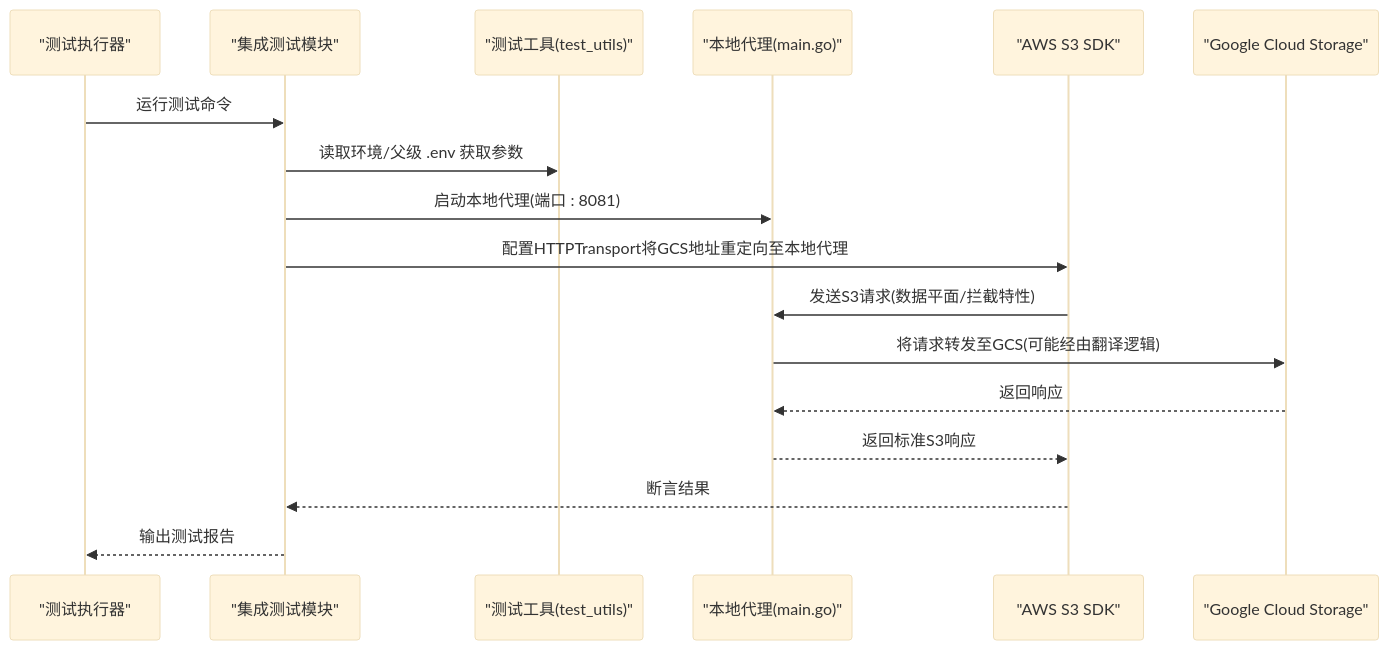
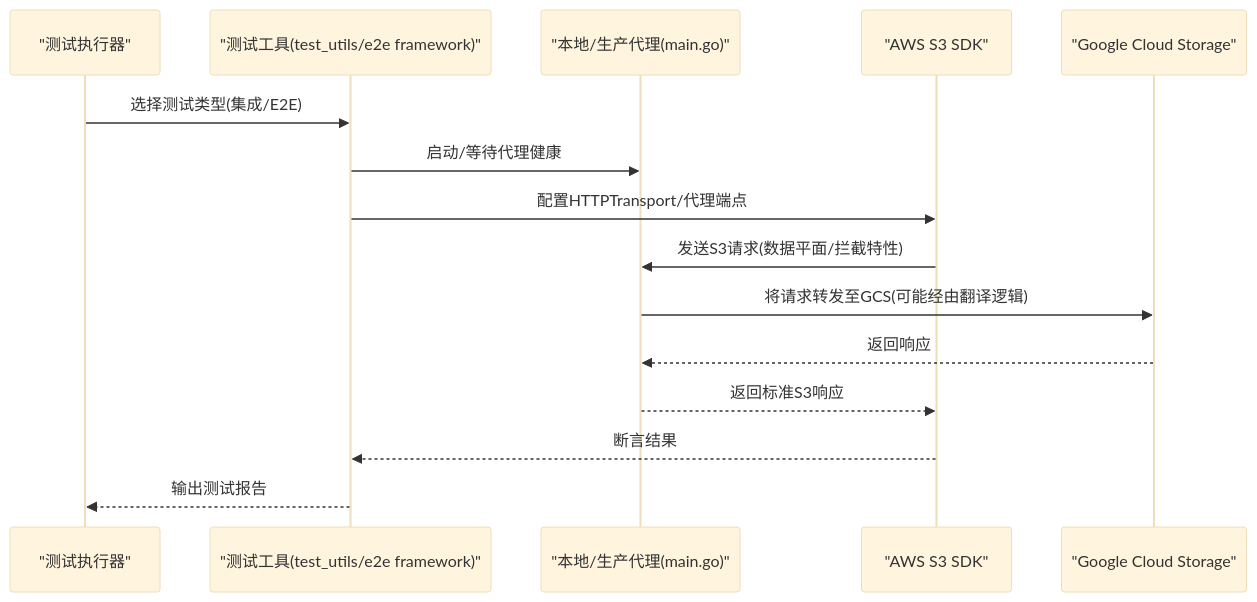
One commit to flying1574/S3Proxy4GCS changed the second of 8 diagrams in .qoder/repowiki/zh/content/测试策略/测试策略.md. Above: the diagram before and after it, drawn with Mermaid (base theme). The commit also changed other lines of this file and 6 other files, not shown here.

````diff
--- a/.qoder/repowiki/zh/content/测试策略/测试策略.md
+++ b/.qoder/repowiki/zh/content/测试策略/测试策略.md
@@ -100,19 +136,17 @@
 ```mermaid
 sequenceDiagram
 participant T as "测试执行器"
-participant M as "集成测试模块"
-participant U as "测试工具(test_utils)"
-participant P as "本地代理(main.go)"
+participant U as "测试工具(test_utils/e2e framework)"
+participant P as "本地/生产代理(main.go)"
 participant S as "AWS S3 SDK"
 participant G as "Google Cloud Storage"
-T->>M : 运行测试命令
-M->>U : 读取环境/父级 .env 获取参数
-M->>P : 启动本地代理(端口 : 8081)
-M->>S : 配置HTTPTransport将GCS地址重定向至本地代理
+T->>U : 选择测试类型(集成/E2E)
+U->>P : 启动/等待代理健康
+U->>S : 配置HTTPTransport/代理端点
 S->>P : 发送S3请求(数据平面/拦截特性)
 P->>G : 将请求转发至GCS(可能经由翻译逻辑)
 G-->>P : 返回响应
 P-->>S : 返回标准S3响应
-S-->>M : 断言结果
-M-->>T : 输出测试报告
+S-->>U : 断言结果
+U-->>T : 输出测试报告
 ```
````
